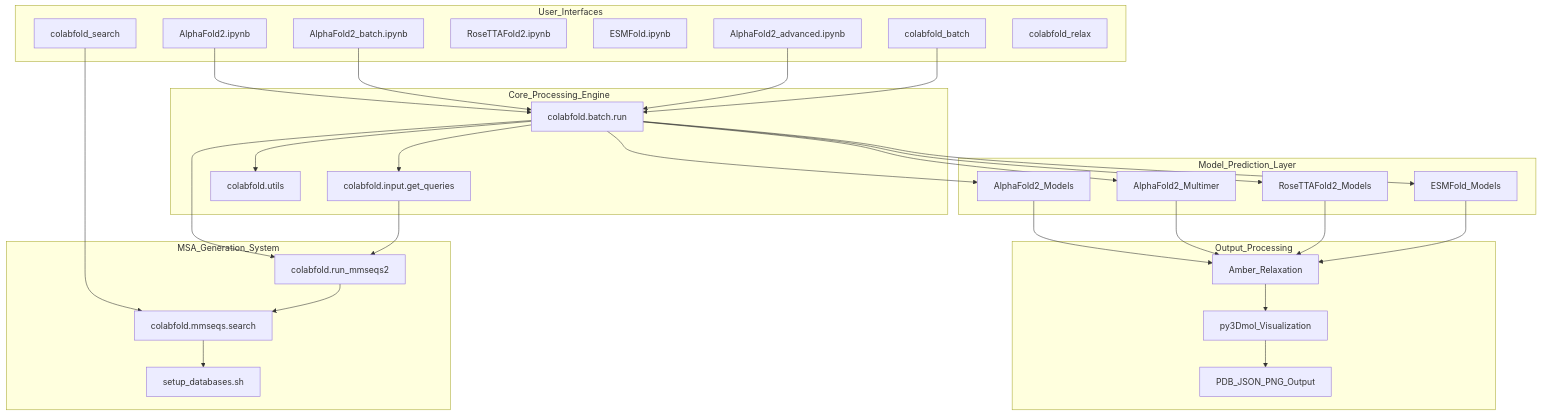
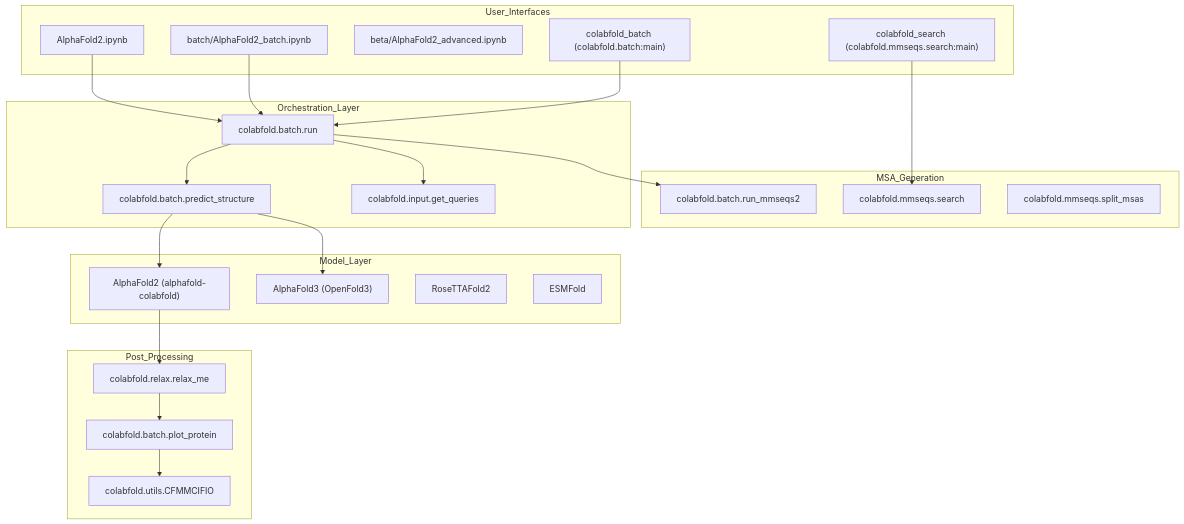
Before and after one commit to MaybeBio/Awesome-Protein-ContactMap-Prediction: the first of 2 diagrams in docs/ColabFold/deepwiki/ColabFold-Overview.md, drawn with Mermaid. The commit also changed other lines of this file and 4 other files, not shown here.

````diff
--- a/docs/ColabFold/deepwiki/ColabFold-Overview.md
+++ b/docs/ColabFold/deepwiki/ColabFold-Overview.md
@@ -30,82 +31,67 @@
 flowchart TD
 
 UI1["AlphaFold2.ipynb"]
-UI2["AlphaFold2_batch.ipynb"]
-UI3["AlphaFold2_advanced.ipynb"]
-UI4["RoseTTAFold2.ipynb"]
-UI5["ESMFold.ipynb"]
-CLI1["colabfold_batch"]
-CLI2["colabfold_search"]
-CLI3["colabfold_relax"]
-BATCH["colabfold.batch.run"]
+UI2["batch/AlphaFold2_batch.ipynb"]
+UI3["beta/AlphaFold2_advanced.ipynb"]
+CLI1["colabfold_batch (colabfold.batch:main)"]
+CLI2["colabfold_search (colabfold.mmseqs.search:main)"]
+RUN["colabfold.batch.run"]
+PREDICT["colabfold.batch.predict_structure"]
 INPUT["colabfold.input.get_queries"]
-UTILS["colabfold.utils"]
-MMSEQS["colabfold.run_mmseqs2"]
+MMSEQS_API["colabfold.batch.run_mmseqs2"]
 SEARCH["colabfold.mmseqs.search"]
-DATABASES["setup_databases.sh"]
-AF2["AlphaFold2_Models"]
-AF2M["AlphaFold2_Multimer"]
-RTF2["RoseTTAFold2_Models"]
-ESM["ESMFold_Models"]
-RELAX["Amber_Relaxation"]
-VIZ["py3Dmol_Visualization"]
-FILES["PDB_JSON_PNG_Output"]
+SPLIT["colabfold.mmseqs.split_msas"]
+AF2["AlphaFold2 (alphafold-colabfold)"]
+AF3["AlphaFold3 (OpenFold3)"]
+RTF2["RoseTTAFold2"]
+ESM["ESMFold"]
+RELAX["colabfold.relax.relax_me"]
+VIZ["colabfold.batch.plot_protein"]
+OUT["colabfold.utils.CFMMCIFIO"]
 
-UI1 --> BATCH
-UI2 --> BATCH
-UI3 --> BATCH
-CLI1 --> BATCH
+UI1 --> RUN
+UI2 --> RUN
+CLI1 --> RUN
 CLI2 --> SEARCH
-BATCH --> MMSEQS
-INPUT --> MMSEQS
-BATCH --> AF2
-BATCH --> AF2M
-BATCH --> RTF2
-BATCH --> ESM
+RUN --> MMSEQS_API
+PREDICT --> AF2
+PREDICT --> AF3
 AF2 --> RELAX
-AF2M --> RELAX
-RTF2 --> RELAX
-ESM --> RELAX
 
-subgraph Output_Processing ["Output_Processing"]
+subgraph Post_Processing ["Post_Processing"]
     RELAX
     VIZ
-    FILES
+    OUT
     RELAX --> VIZ
-    VIZ --> FILES
+    VIZ --> OUT
 end
 
-subgraph Model_Prediction_Layer ["Model_Prediction_Layer"]
+subgraph Model_Layer ["Model_Layer"]
     AF2
-    AF2M
+    AF3
     RTF2
     ESM
 end
 
-subgraph MSA_Generation_System ["MSA_Generation_System"]
-    MMSEQS
+subgraph MSA_Generation ["MSA_Generation"]
+    MMSEQS_API
     SEARCH
-    DATABASES
-    MMSEQS --> SEARCH
-    SEARCH --> DATABASES
+    SPLIT
 end
 
-subgraph Core_Processing_Engine ["Core_Processing_Engine"]
-    BATCH
+subgraph Orchestration_Layer ["Orchestration_Layer"]
+    RUN
+    PREDICT
     INPUT
-    UTILS
-    BATCH --> INPUT
-    BATCH --> UTILS
+    RUN --> INPUT
+    RUN --> PREDICT
 end
 
 subgraph User_Interfaces ["User_Interfaces"]
     UI1
     UI2
     UI3
-    UI4
-    UI5
     CLI1
     CLI2
-    CLI3
 end
 ```
````
